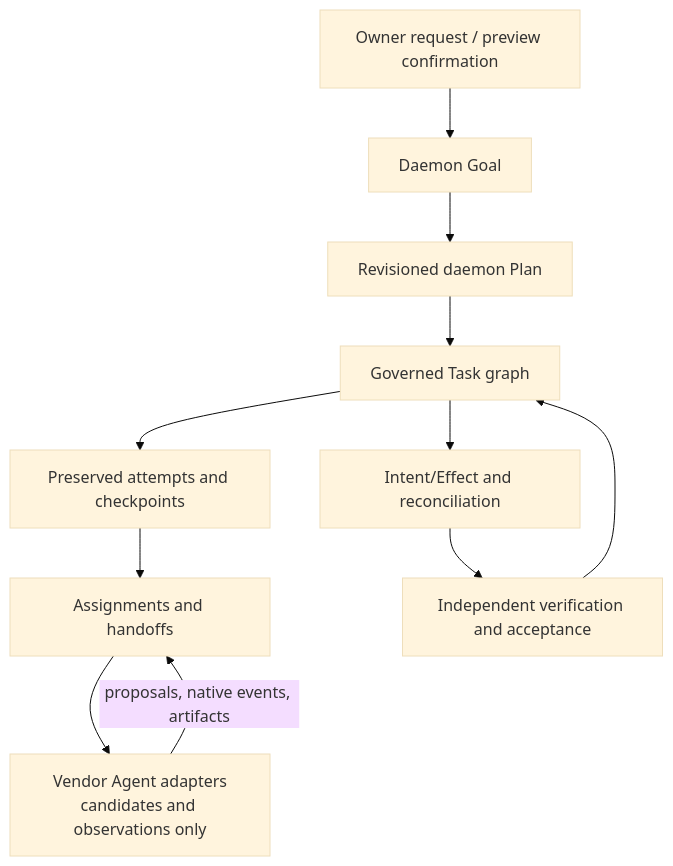
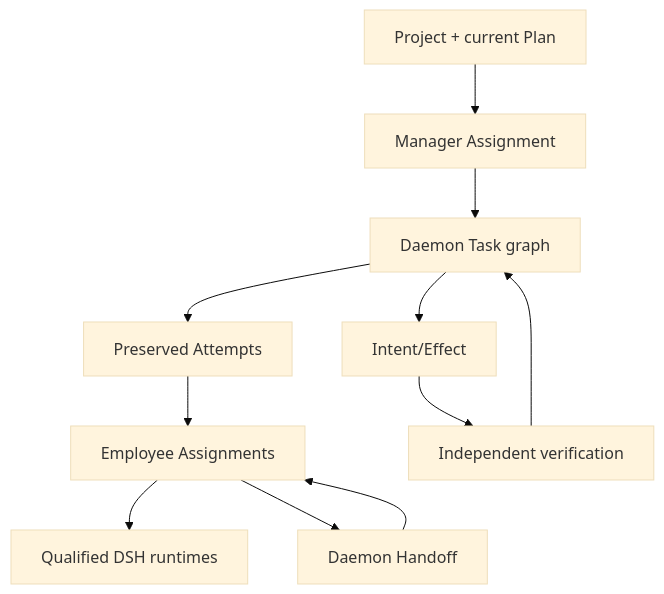
The diagram in personal/docs/architecture/multi-agent-orchestration.md (agentkernel/cognitive-os), drawn with Mermaid (base theme) before and after one commit. The commit also changed other lines of this file and 156 other files, not shown here.

````diff
--- a/personal/docs/architecture/multi-agent-orchestration.md
+++ b/personal/docs/architecture/multi-agent-orchestration.md
@@ -29,23 +23,16 @@
 ```mermaid
 flowchart TB
-  owner["Owner request / preview confirmation"]
-  goal["Daemon Goal"]
-  plan["Revisioned daemon Plan"]
-  tasks["Governed Task graph"]
-  attempts["Preserved attempts and checkpoints"]
-  assignments["Assignments and handoffs"]
-  agents["Vendor Agent adapters\ncandidates and observations only"]
-  effects["Intent/Effect and reconciliation"]
-  verification["Independent verification and acceptance"]
+  project["Project + current Plan"]
+  manager["Manager Assignment"]
+  tasks["Daemon Task graph"]
+  attempts["Preserved Attempts"]
+  employees["Employee Assignments"]
+  runtime["Qualified DSH runtimes"]
+  handoff["Daemon Handoff"]
+  effects["Intent/Effect"]
+  verify["Independent verification"]
 
-  owner --> goal
-  goal --> plan
-  plan --> tasks
-  tasks --> attempts
-  attempts --> assignments
-  assignments --> agents
-  agents -->|"proposals, native events, artifacts"| assignments
-  tasks --> effects
-  effects --> verification
-  verification --> tasks
+  project --> manager --> tasks --> attempts --> employees --> runtime
+  employees --> handoff --> employees
+  tasks --> effects --> verify --> tasks
 ```
````
